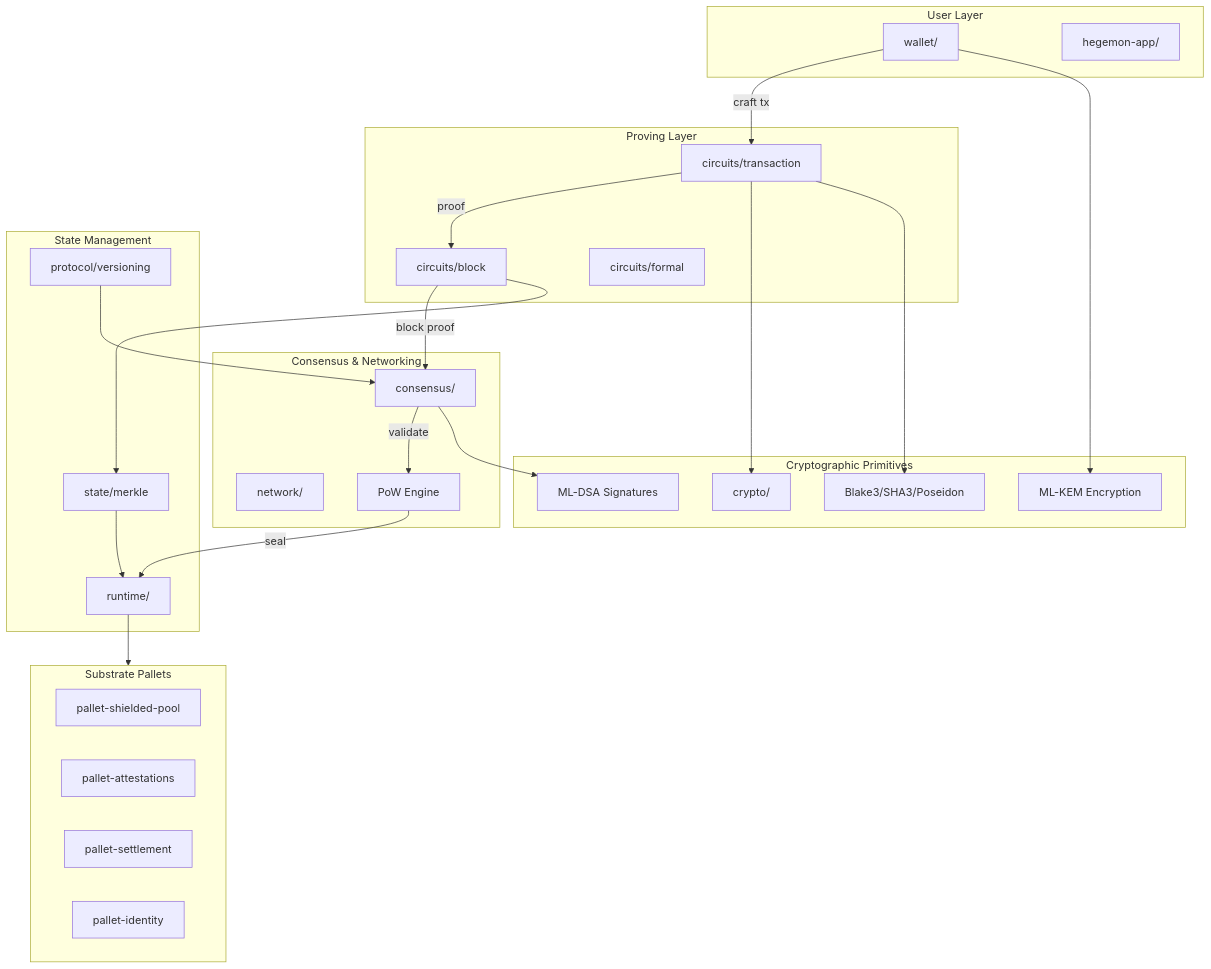
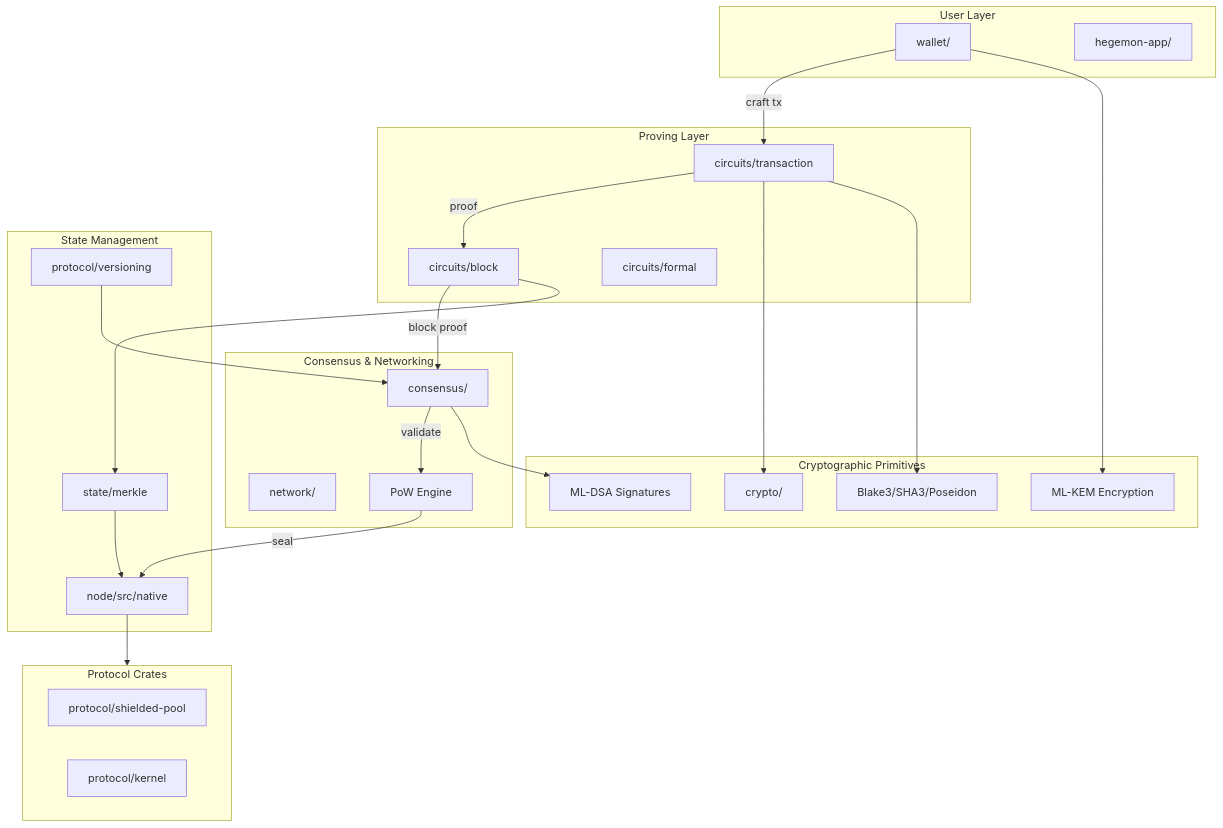
Before and after one commit to Pauli-Group/Hegemon: the first of 6 diagrams in docs/assets/diagrams.md, drawn with Mermaid. The commit also changed 224 other files, not shown here.

````diff
--- a/docs/assets/diagrams.md
+++ b/docs/assets/diagrams.md
@@ -9,53 +9,51 @@
 ```mermaid
 flowchart TB
     subgraph User["User Layer"]
         W[wallet/]
         UI[hegemon-app/]
     end
 
     subgraph Proving["Proving Layer"]
         CT[circuits/transaction]
         CB[circuits/block]
         CF[circuits/formal]
     end
 
     subgraph Crypto["Cryptographic Primitives"]
         CR[crypto/]
         ML_DSA["ML-DSA Signatures"]
         ML_KEM["ML-KEM Encryption"]
         HASH["Blake3/SHA3/Poseidon"]
     end
 
     subgraph Consensus["Consensus & Networking"]
         CON[consensus/]
         NET[network/]
         POW["PoW Engine"]
     end
 
     subgraph State["State Management"]
         SM[state/merkle]
         PV[protocol/versioning]
-        RT[runtime/]
+        NS[node/src/native]
     end
 
-    subgraph Pallets["Substrate Pallets"]
-        SP[pallet-shielded-pool]
-        PA[pallet-attestations]
-        PS[pallet-settlement]
-        PI[pallet-identity]
+    subgraph Protocol["Protocol Crates"]
+        SP[protocol/shielded-pool]
+        PK[protocol/kernel]
     end
 
     W -->|craft tx| CT
     CT -->|proof| CB
     CB -->|block proof| CON
     CON -->|validate| POW
-    POW -->|seal| RT
-    RT --> Pallets
+    POW -->|seal| NS
+    NS --> Protocol
     CT --> CR
     CB --> SM
-    SM --> RT
+    SM --> NS
     PV --> CON
     W --> ML_KEM
     CON --> ML_DSA
     CT --> HASH
 ```
````
